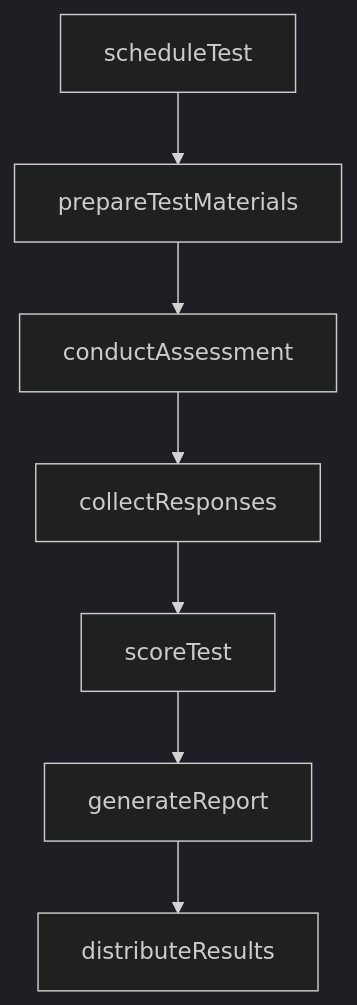
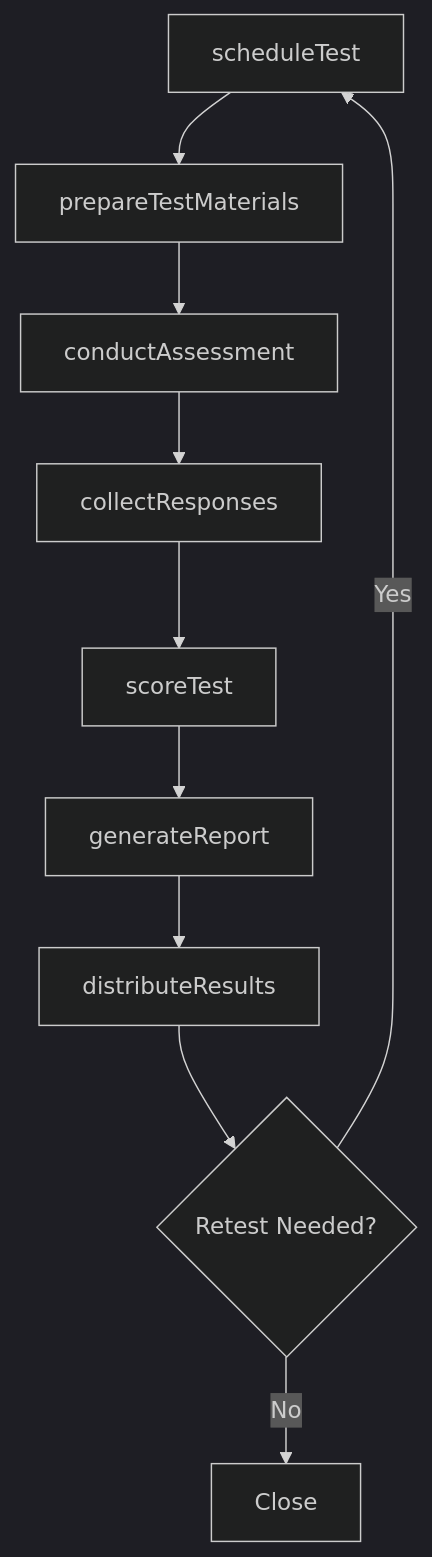
The third of 4 diagrams in JudgingTheQualitiesOfObjectsServicesOrPeople/AssessStudentCapabilitiesNeedsOrPerformance/AdministerTestsAssessEducationalNeeds.mdx (dot-org-ai/tasks.org.ai), drawn with Mermaid (dark theme) before and after one commit. The commit also changed other lines of this file and 266 other files, not shown here.

First line of the commit message:
feat: Add ER diagrams, state diagrams to wave 2 batch (251 DWA files)

````diff
--- a/JudgingTheQualitiesOfObjectsServicesOrPeople/AssessStudentCapabilitiesNeedsOrPerformance/AdministerTestsAssessEducationalNeeds.mdx
+++ b/JudgingTheQualitiesOfObjectsServicesOrPeople/AssessStudentCapabilitiesNeedsOrPerformance/AdministerTestsAssessEducationalNeeds.mdx
@@ -87,9 +114,12 @@
 ```mermaid
 graph TD
     A[scheduleTest] --> B[prepareTestMaterials]
     B --> C[conductAssessment]
     C --> D[collectResponses]
     D --> E[scoreTest]
     E --> F[generateReport]
     F --> G[distributeResults]
+    G --> H{Retest Needed?}
+    H -->|Yes| A
+    H -->|No| I[Close]
 ```
````
